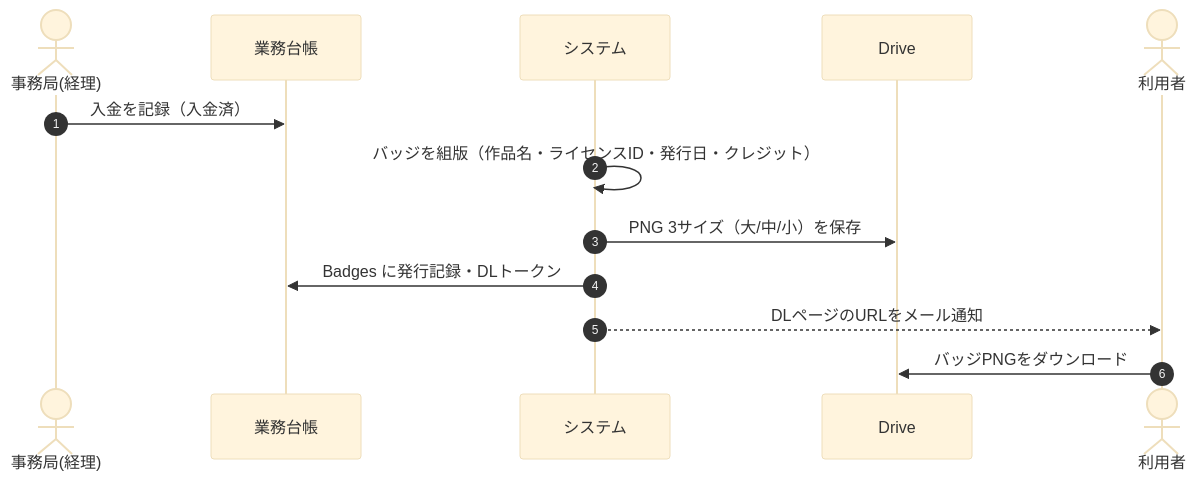
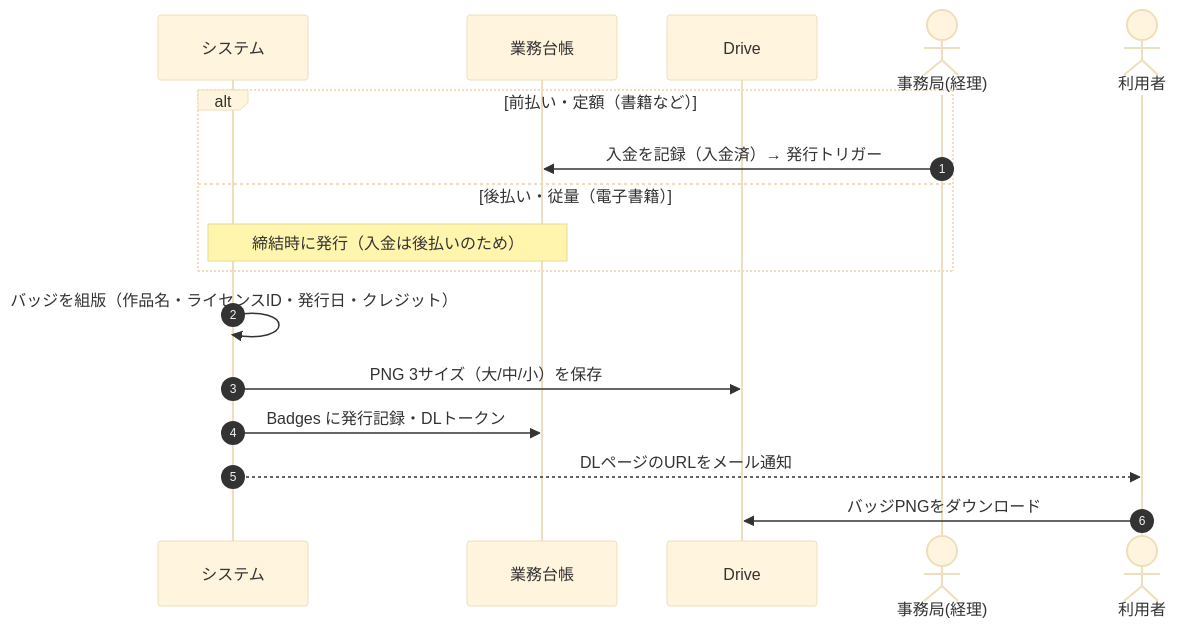
Before and after one commit to tatsuyakuramchi/SPLL: the seventh of 8 diagrams in docs/SPLL_業務フロー確認資料_v0.1.md, drawn with Mermaid (base theme). The commit also changed other lines of this file and 5 other files, not shown here.

````diff
--- a/docs/SPLL_業務フロー確認資料_v0.1.md
+++ b/docs/SPLL_業務フロー確認資料_v0.1.md
@@ -263,15 +270,19 @@
 ```mermaid
 sequenceDiagram
   autonumber
+  participant SYS as システム
+  participant DB as 業務台帳
+  participant DR as Drive
   actor OF as 事務局(経理)
-  participant DB as 業務台帳
-  participant SYS as システム
-  participant DR as Drive
   actor U as 利用者
-  OF->>DB: 入金を記録（入金済）
+  alt 前払い・定額（書籍など）
+    OF->>DB: 入金を記録（入金済）→ 発行トリガー
+  else 後払い・従量（電子書籍）
+    Note over SYS,DB: 締結時に発行（入金は後払いのため）
+  end
   SYS->>SYS: バッジを組版（作品名・ライセンスID・発行日・クレジット）
   SYS->>DR: PNG 3サイズ（大/中/小）を保存
   SYS->>DB: Badges に発行記録・DLトークン
   SYS-->>U: DLページのURLをメール通知
   U->>DR: バッジPNGをダウンロード
 ```
````
